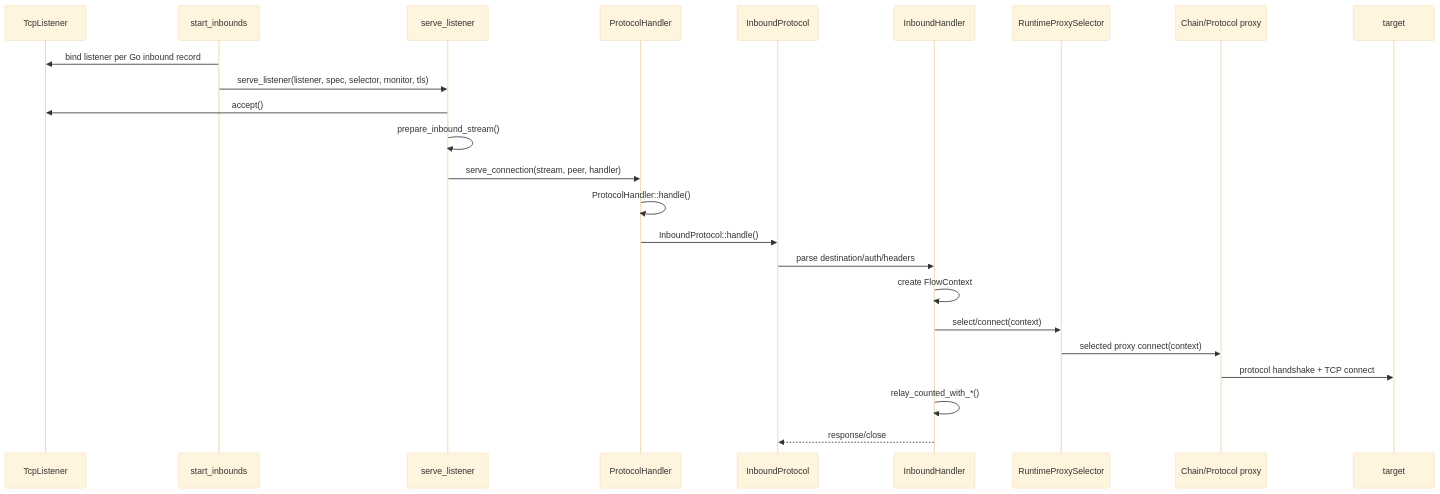
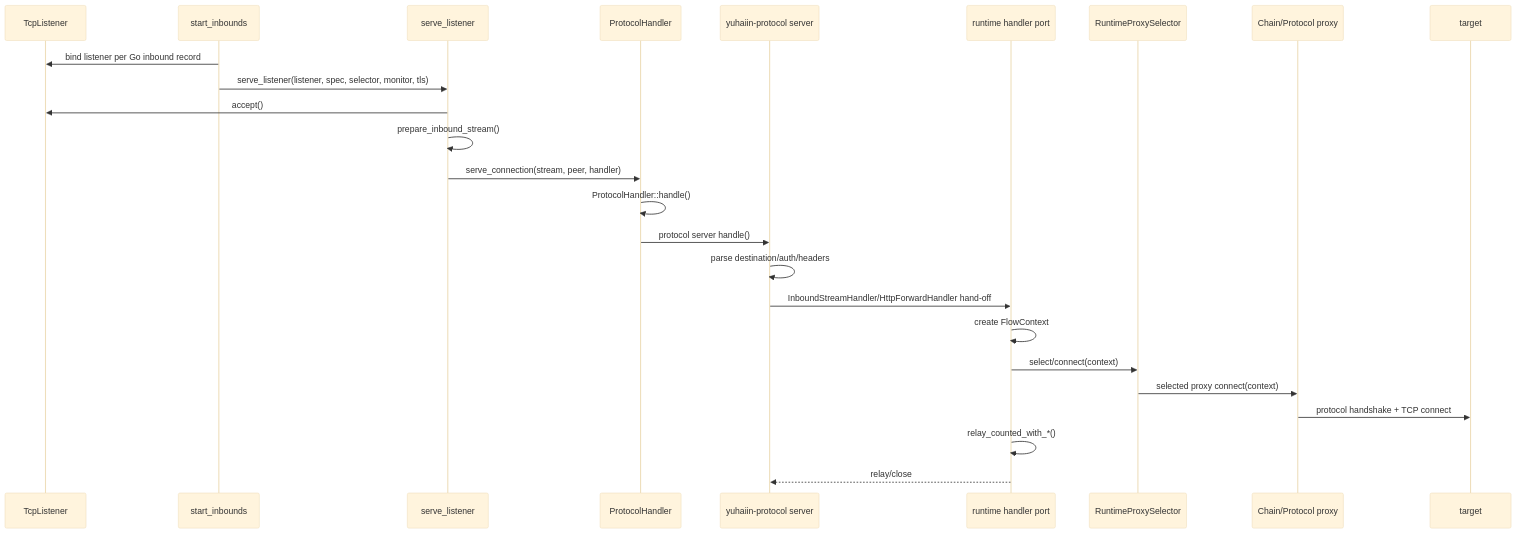
The fifth of 18 diagrams in docs/ARCHITECTURE.md (yuhaiin/doradus), drawn with Mermaid (base theme) before and after one commit. The commit also changed other lines of this file and 68 other files, not shown here.

First line of the commit message:
docs: update architecture and add domain documentation

````diff
--- a/docs/ARCHITECTURE.md
+++ b/docs/ARCHITECTURE.md
@@ -295,27 +297,28 @@
 ```mermaid
 sequenceDiagram
     participant L as TcpListener
     participant O as start_inbounds
     participant S as serve_listener
     participant H as ProtocolHandler
-    participant P as InboundProtocol
-    participant IH as InboundHandler
+    participant P as yuhaiin-protocol server
+    participant IH as runtime handler port
     participant X as RuntimeProxySelector
     participant C as Chain/Protocol proxy
     participant T as target
 
     O->>L: bind listener per Go inbound record
     O->>S: serve_listener(listener, spec, selector, monitor, tls)
     S->>L: accept()
     S->>S: prepare_inbound_stream()
     S->>H: serve_connection(stream, peer, handler)
     H->>H: ProtocolHandler::handle()
-    H->>P: InboundProtocol::handle()
-    P->>IH: parse destination/auth/headers
+    H->>P: protocol server handle()
+    P->>P: parse destination/auth/headers
+    P->>IH: InboundStreamHandler/HttpForwardHandler hand-off
     IH->>IH: create FlowContext
     IH->>X: select/connect(context)
     X->>C: selected proxy connect(context)
     C->>T: protocol handshake + TCP connect
     IH->>IH: relay_counted_with_*()
-    IH-->>P: response/close
+    IH-->>P: relay/close
 ```
````
